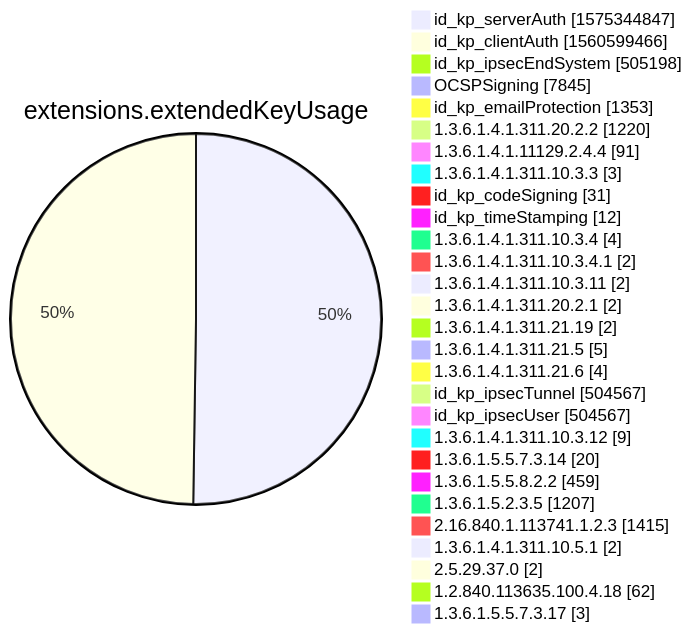
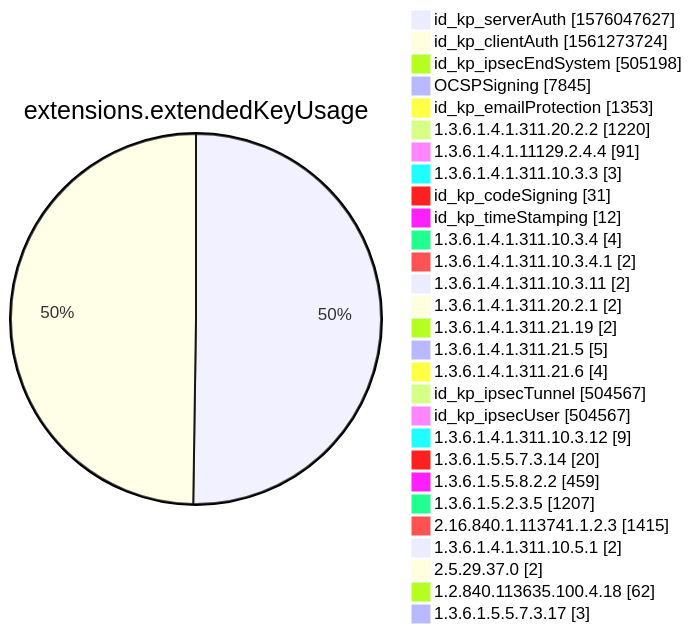
Before and after one commit to christiankrug/ctmonitor_visualization: diagram 12 of 15 in xenon2022/README.md, drawn with Mermaid. The commit also changed other lines of this file, not shown here.

````diff
--- a/xenon2022/README.md
+++ b/xenon2022/README.md
@@ -3884,32 +3884,32 @@
 ```mermaid
 pie showData
 title extensions.extendedKeyUsage
-"id_kp_serverAuth" :1575344847
-"id_kp_clientAuth" :1560599466
+"id_kp_serverAuth" :1576047627
+"id_kp_clientAuth" :1561273724
 "id_kp_ipsecEndSystem" :505198
 "OCSPSigning" :7845
 "id_kp_emailProtection" :1353
 "1.3.6.1.4.1.311.20.2.2" :1220
 "1.3.6.1.4.1.11129.2.4.4" :91
 "1.3.6.1.4.1.311.10.3.3" :3
 "id_kp_codeSigning" :31
 "id_kp_timeStamping" :12
 "1.3.6.1.4.1.311.10.3.4" :4
 "1.3.6.1.4.1.311.10.3.4.1" :2
 "1.3.6.1.4.1.311.10.3.11" :2
 "1.3.6.1.4.1.311.20.2.1" :2
 "1.3.6.1.4.1.311.21.19" :2
 "1.3.6.1.4.1.311.21.5" :5
 "1.3.6.1.4.1.311.21.6" :4
 "id_kp_ipsecTunnel" :504567
 "id_kp_ipsecUser" :504567
 "1.3.6.1.4.1.311.10.3.12" :9
 "1.3.6.1.5.5.7.3.14" :20
 "1.3.6.1.5.5.8.2.2" :459
 "1.3.6.1.5.2.3.5" :1207
 "2.16.840.1.113741.1.2.3" :1415
 "1.3.6.1.4.1.311.10.5.1" :2
 "2.5.29.37.0" :2
 "1.2.840.113635.100.4.18" :62
 "1.3.6.1.5.5.7.3.17" :3
 ```
````
